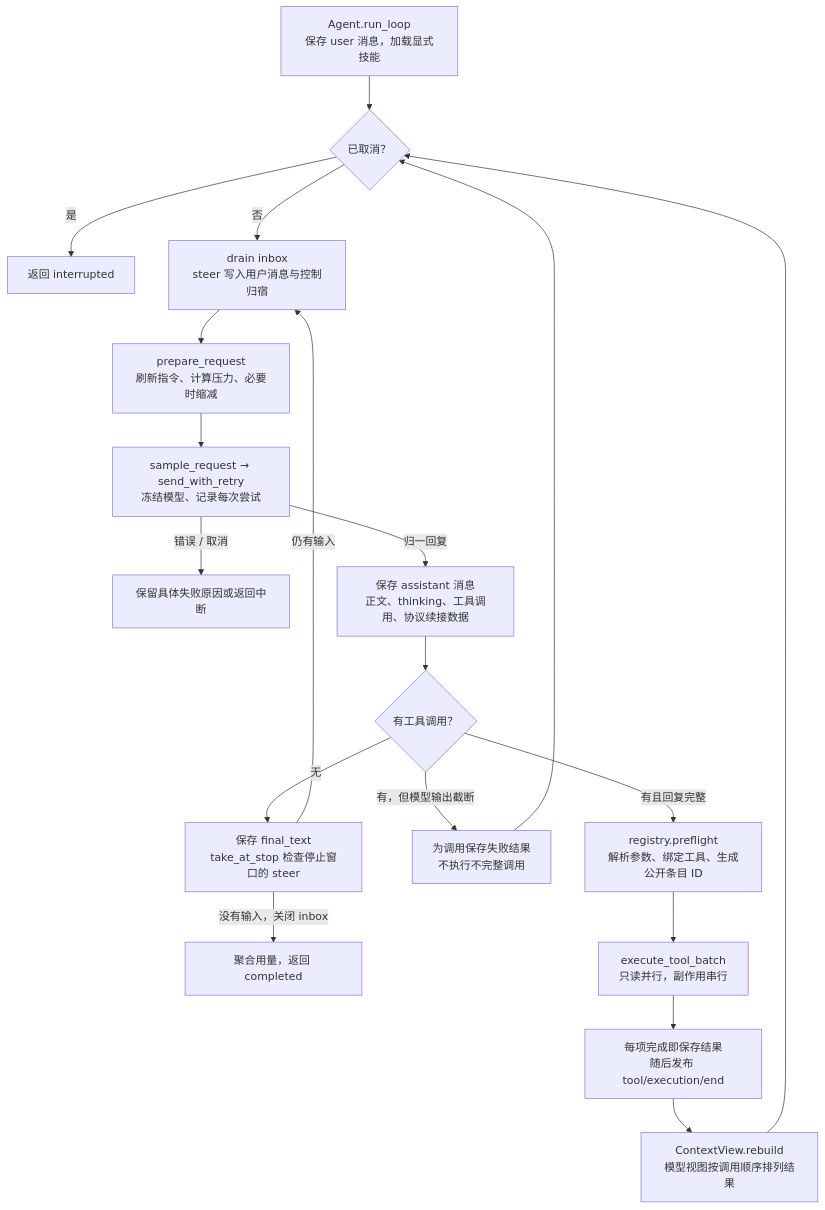
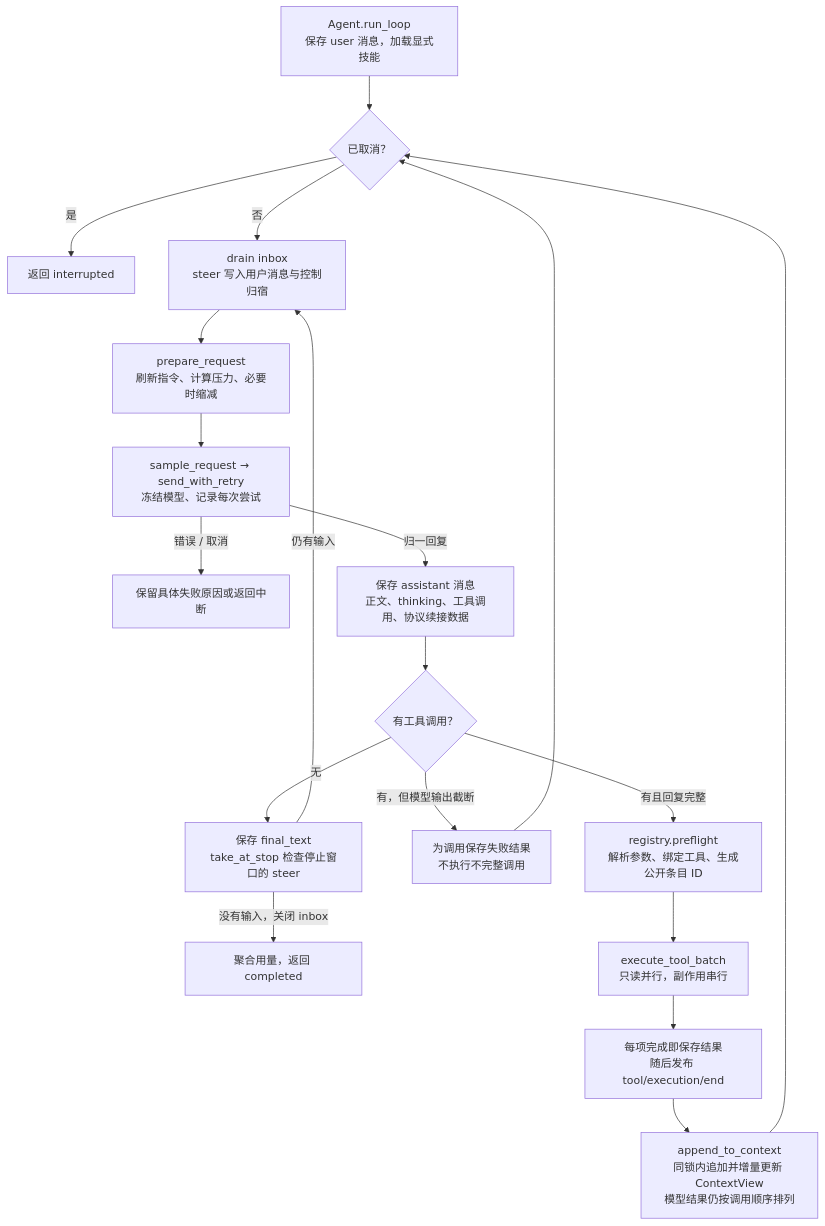
Before and after one commit to qjcnmd/singularity-agent: diagram 14 of 29 in docs/singularity.md, drawn with Mermaid. The commit also changed other lines of this file and 71 other files, not shown here.

````diff
--- a/docs/singularity.md
+++ b/docs/singularity.md
@@ -366,21 +371,21 @@
 ```mermaid
 flowchart TB
     Input["Agent.run_loop<br/>保存 user 消息，加载显式技能"] --> Cancel{"已取消？"}
     Cancel -->|"是"| Abort["返回 interrupted"]
     Cancel -->|"否"| Inbox["drain inbox<br/>steer 写入用户消息与控制归宿"]
     Inbox --> Prepare["prepare_request<br/>刷新指令、计算压力、必要时缩减"]
     Prepare --> Request["sample_request → send_with_retry<br/>冻结模型、记录每次尝试"]
     Request -->|"错误 / 取消"| Failure["保留具体失败原因或返回中断"]
     Request -->|"归一回复"| Assistant["保存 assistant 消息<br/>正文、thinking、工具调用、协议续接数据"]
     Assistant --> Calls{"有工具调用？"}
     Calls -->|"无"| Stop["保存 final_text<br/>take_at_stop 检查停止窗口的 steer"]
     Stop -->|"仍有输入"| Inbox
     Stop -->|"没有输入，关闭 inbox"| Completed["聚合用量，返回 completed"]
     Calls -->|"有，但模型输出截断"| Truncated["为调用保存失败结果<br/>不执行不完整调用"]
     Truncated --> Cancel
     Calls -->|"有且回复完整"| Preflight["registry.preflight<br/>解析参数、绑定工具、生成公开条目 ID"]
     Preflight --> Batch["execute_tool_batch<br/>只读并行，副作用串行"]
     Batch --> Results["每项完成即保存结果<br/>随后发布 tool/execution/end"]
-    Results --> Context["ContextView.rebuild<br/>模型视图按调用顺序排列结果"]
+    Results --> Context["append_to_context<br/>同锁内追加并增量更新 ContextView<br/>模型结果仍按调用顺序排列"]
     Context --> Cancel
 ```
````
